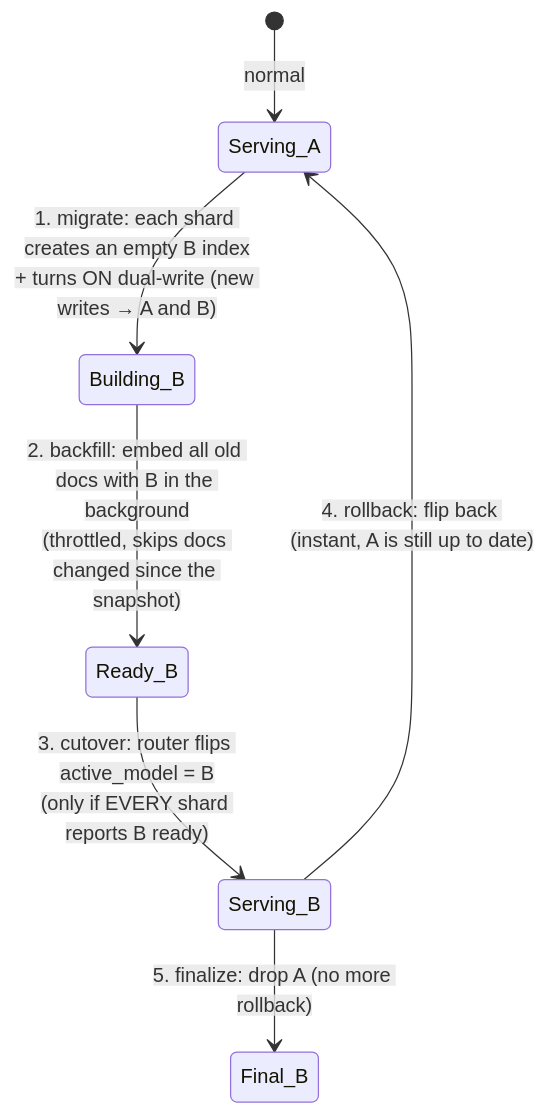
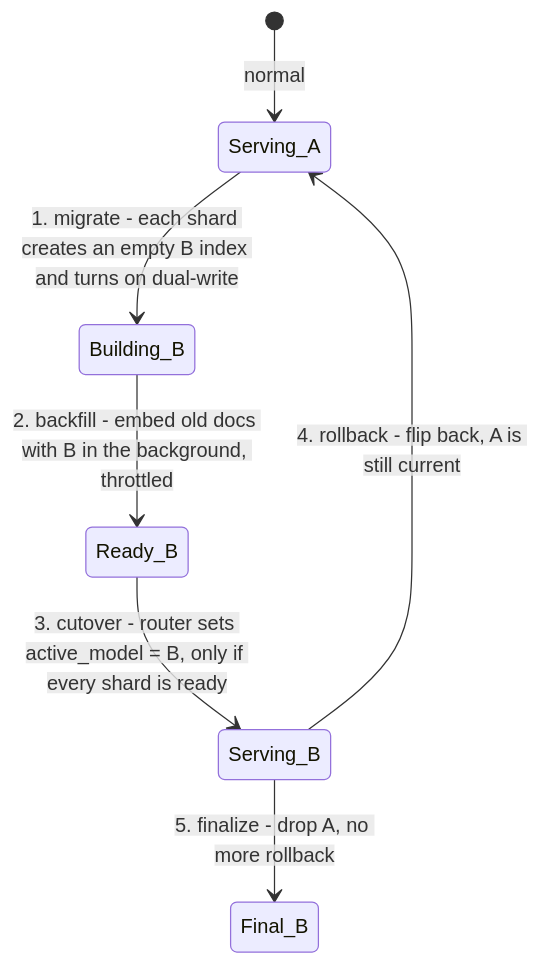
Before and after one commit to node31/fiqa-agentic-retrieval: the seventh of 8 diagrams in docs/from_zero/07_part_b_distributed.md, drawn with Mermaid. The commit also changed other lines of this file and 9 other files, not shown here.

````diff
--- a/docs/from_zero/07_part_b_distributed.md
+++ b/docs/from_zero/07_part_b_distributed.md
@@ -444,9 +294,9 @@
 ```mermaid
 stateDiagram-v2
     [*] --> Serving_A: normal
-    Serving_A --> Building_B: 1. migrate: each shard creates an empty B index<br/>+ turns ON dual-write (new writes → A and B)
-    Building_B --> Ready_B: 2. backfill: embed all old docs with B in the background<br/>(throttled, skips docs changed since the snapshot)
-    Ready_B --> Serving_B: 3. cutover: router flips active_model = B<br/>(only if EVERY shard reports B ready)
-    Serving_B --> Serving_A: 4. rollback: flip back (instant, A is still up to date)
-    Serving_B --> Final_B: 5. finalize: drop A (no more rollback)
+    Serving_A --> Building_B: 1. migrate - each shard creates an empty B index and turns on dual-write
+    Building_B --> Ready_B: 2. backfill - embed old docs with B in the background, throttled
+    Ready_B --> Serving_B: 3. cutover - router sets active_model = B, only if every shard is ready
+    Serving_B --> Serving_A: 4. rollback - flip back, A is still current
+    Serving_B --> Final_B: 5. finalize - drop A, no more rollback
 ```
````
